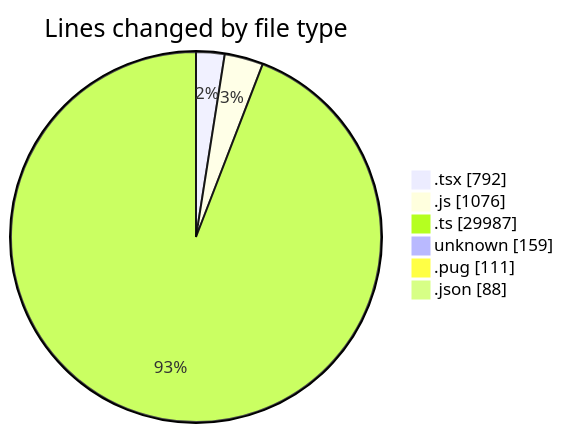
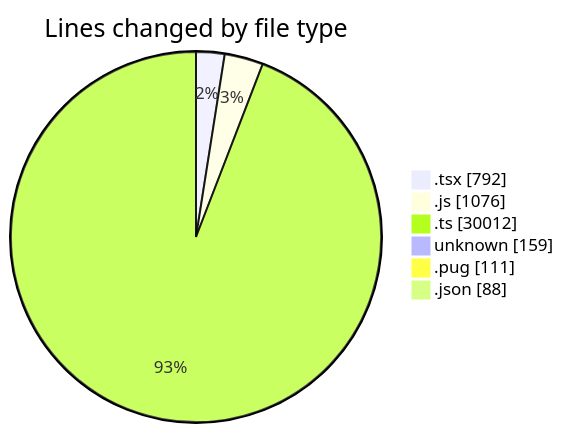
The first of 2 diagrams in 2026-06-03/cda/README.md (momahboobian/code-tracking), drawn with Mermaid before and after one commit. The commit also changed other lines of this file and 1 other file, not shown here.

````diff
--- a/2026-06-03/cda/README.md
+++ b/2026-06-03/cda/README.md
@@ -44,10 +44,10 @@
 ```mermaid
 pie showData
 title Lines changed by file type
 ".tsx" : 792
 ".js" : 1076
-".ts" : 29987
+".ts" : 30012
 "unknown" : 159
 ".pug" : 111
 ".json" : 88
 ```
````
